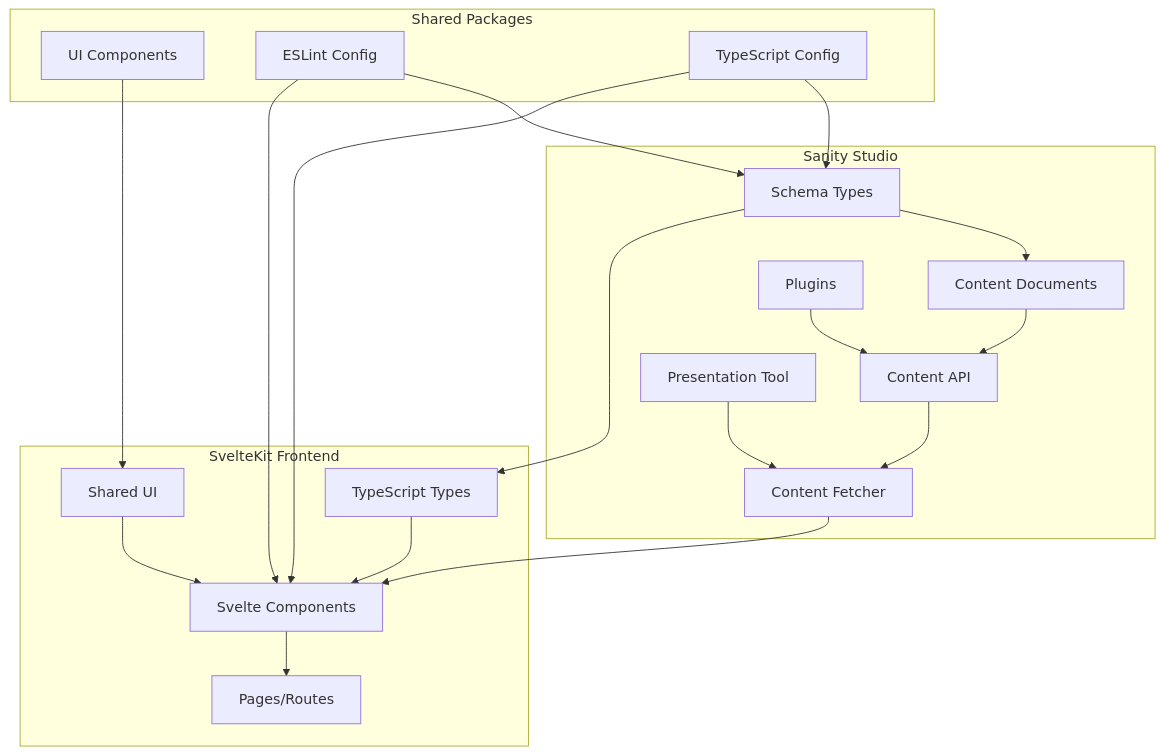
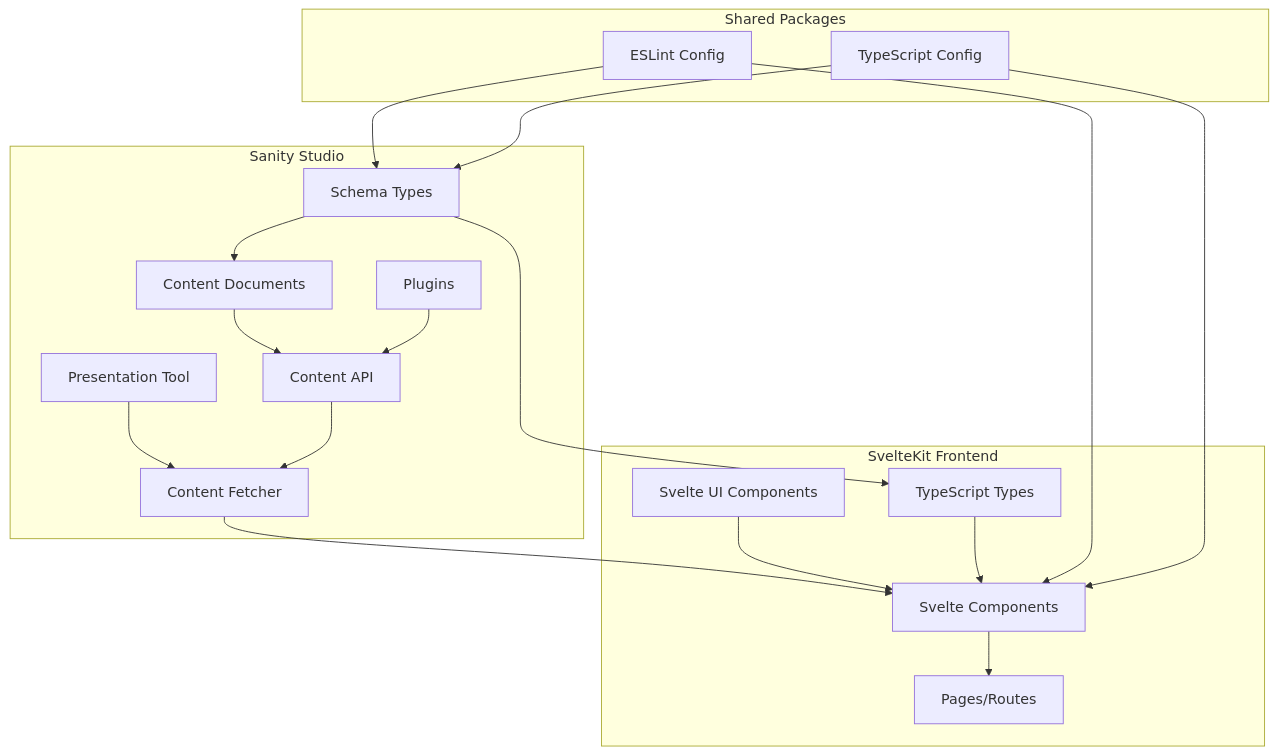
Before and after one commit to hkajdan/axeriel-svelte: the second of 3 diagrams in OVERVIEW.md, drawn with Mermaid. The commit also changed other lines of this file, not shown here.

````diff
--- a/OVERVIEW.md
+++ b/OVERVIEW.md
@@ -33,27 +40,26 @@
 ```mermaid
 graph TD
     subgraph Sanity Studio
         A1[Schema Types] --> A2[Content Documents]
         A2 --> A3[Content API]
         A4[Plugins] --> A3
         A5[Presentation Tool] --> B1
     end
 
     subgraph SvelteKit Frontend
         B1[Content Fetcher] --> B2[Svelte Components]
         B2 --> B3[Pages/Routes]
-        B4[Shared UI] --> B2
+        B4[Svelte UI Components] --> B2
         B5[TypeScript Types] --> B2
     end
 
     subgraph Shared Packages
-        C1[UI Components] --> B4
         C2[ESLint Config] --> A1
         C2 --> B2
         C3[TypeScript Config] --> A1
         C3 --> B2
     end
 
     A3 --> B1
     A1 --> B5
 ```
````
